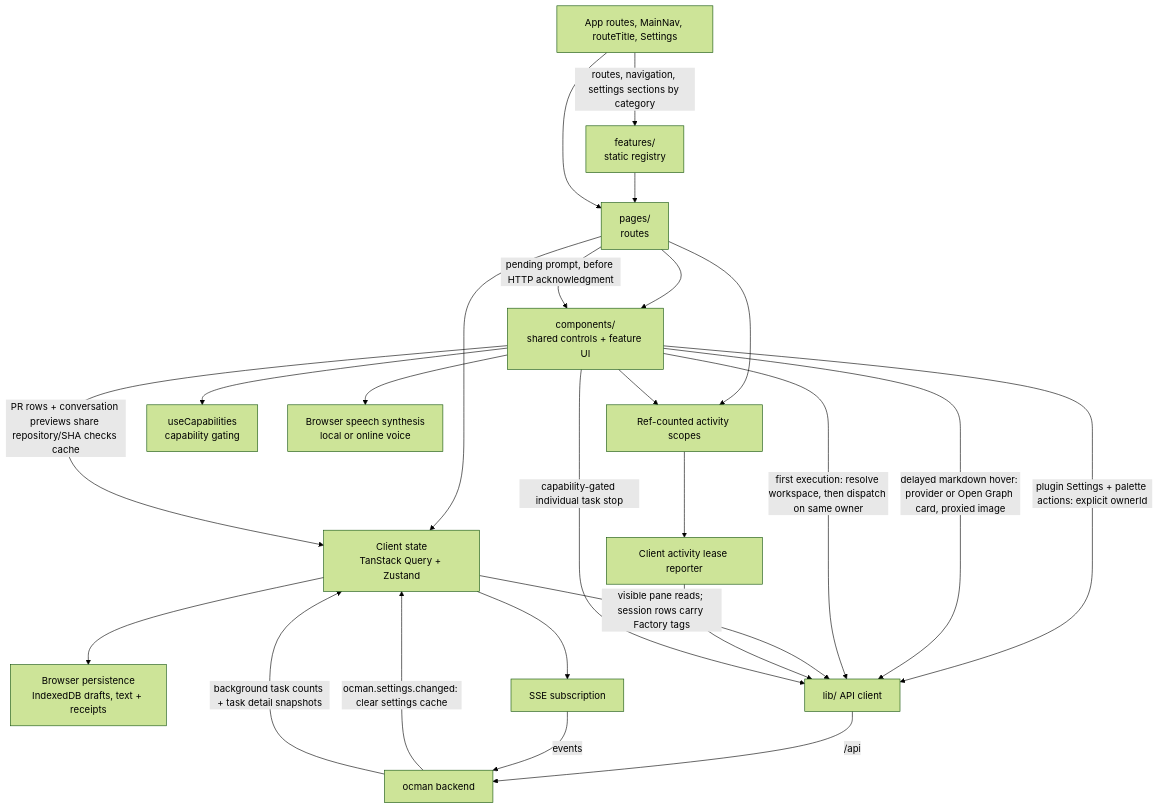
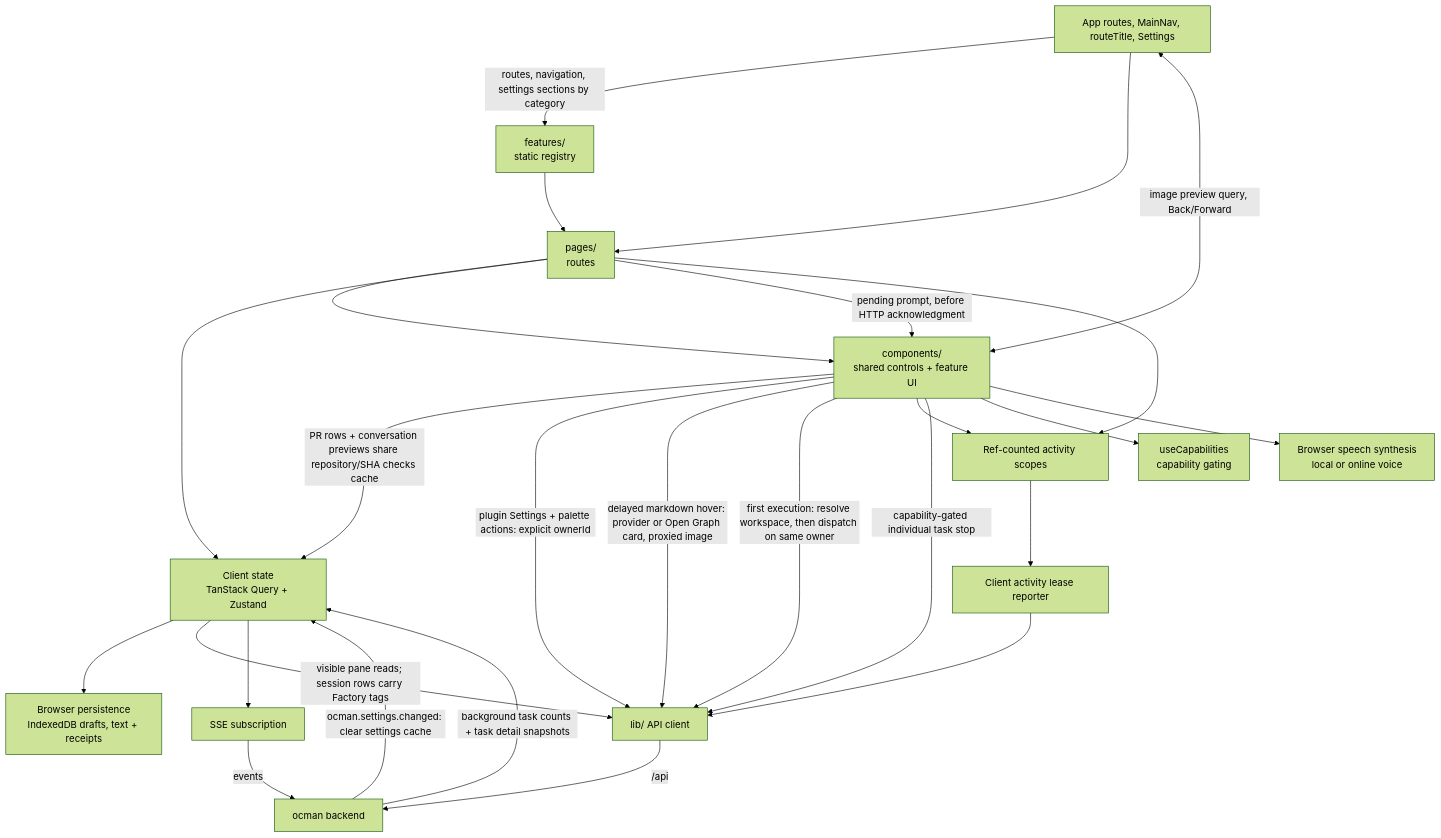
The fourth of 7 diagrams in docs/other/architecture.md (ocman/ocman), drawn with Mermaid (forest theme) before and after one commit. The commit also changed other lines of this file and 8 other files, not shown here.

````diff
--- a/docs/other/architecture.md
+++ b/docs/other/architecture.md
@@ -898,27 +898,28 @@
 ```mermaid
 flowchart TD
     Shell[App routes, MainNav, routeTitle, Settings] -->|routes, navigation, settings sections by category| Features[features/<br/>static registry]
     Features --> Pages
     Shell --> Pages
     Pages[pages/<br/>routes] --> Comp[components/<br/>shared controls + feature UI]
     Pages --> Stores[Client state<br/>TanStack Query + Zustand]
     Pages -->|pending prompt, before HTTP acknowledgment| Comp
     Stores --> Persistence[Browser persistence<br/>IndexedDB drafts, text + receipts]
     Comp -->|PR rows + conversation previews share repository/SHA checks cache| Stores
     Comp -->|plugin Settings + palette actions: explicit ownerId| API
     Comp -->|delayed markdown hover: provider or Open Graph card, proxied image| API
     Comp -->|first execution: resolve workspace, then dispatch on same owner| API
     Stores -->|visible pane reads; session rows carry Factory tags| API[lib/ API client]
     Stores --> SSE[SSE subscription]
     Pages --> Scopes[Ref-counted activity scopes]
     Comp --> Scopes
     Scopes --> Reporter[Client activity lease reporter]
     Reporter --> API
     API -->|/api| Hub[ocman backend]
     SSE -->|events| Hub
     Hub -->|ocman.settings.changed: clear settings cache| Stores
     Hub -->|background task counts + task detail snapshots| Stores
     Comp -->|capability-gated individual task stop| API
     Comp --> Caps[useCapabilities<br/>capability gating]
     Comp --> Speech[Browser speech synthesis<br/>local or online voice]
+    Comp <-->|image preview query, Back/Forward| Shell
 ```
````
